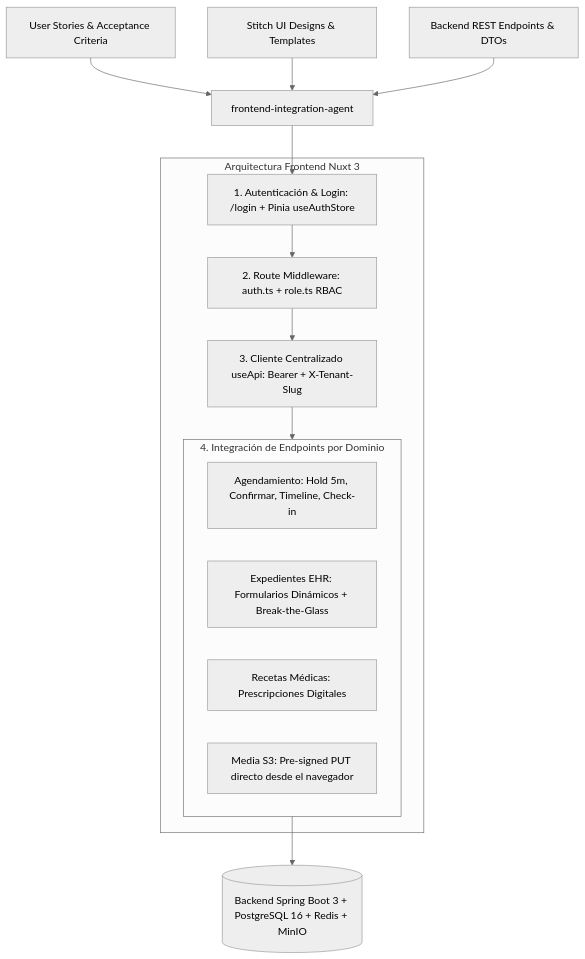
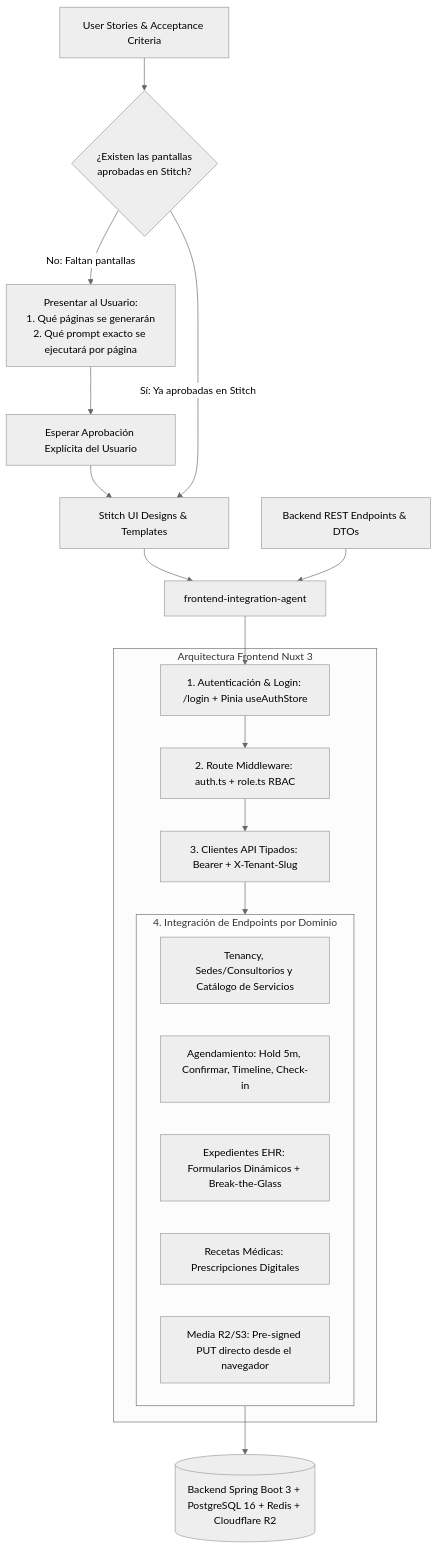
Before and after one commit to JulioAdrianFerreyraDev/medcare: the diagram in agents/frontend-integration-agent.md, drawn with Mermaid (neutral theme). The commit also changed other lines of this file and 40 other files, not shown here.

````diff
--- a/agents/frontend-integration-agent.md
+++ b/agents/frontend-integration-agent.md
@@ -19,26 +26,32 @@
 ```mermaid
 flowchart TD
-    Stories[User Stories & Acceptance Criteria] --> Integrator[frontend-integration-agent]
-    StitchUI[Stitch UI Designs & Templates] --> Integrator
+    Stories[User Stories & Acceptance Criteria] --> CheckUI{¿Existen las pantallas<br/>aprobadas en Stitch?}
+    CheckUI -- "No: Faltan pantallas" --> ProposePrompts[Presentar al Usuario:<br/>1. Qué páginas se generarán<br/>2. Qué prompt exacto se ejecutará por página]
+    ProposePrompts --> WaitApproval[Esperar Aprobación Explícita del Usuario]
+    WaitApproval --> StitchUI[Stitch UI Designs & Templates]
+    CheckUI -- "Sí: Ya aprobadas en Stitch" --> StitchUI
+
+    StitchUI --> Integrator[frontend-integration-agent]
     BackendContracts[Backend REST Endpoints & DTOs] --> Integrator
-    
+
     subgraph FrontendArchitecture [Arquitectura Frontend Nuxt 3]
         Auth[1. Autenticación & Login: /login + Pinia useAuthStore]
         Guards[2. Route Middleware: auth.ts + role.ts RBAC]
-        Client[3. Cliente Centralizado useApi: Bearer + X-Tenant-Slug]
-        
+        Client[3. Clientes API Tipados: Bearer + X-Tenant-Slug]
+
         subgraph FeatureModules [4. Integración de Endpoints por Dominio]
+            Tenancy[Tenancy, Sedes/Consultorios y Catálogo de Servicios]
             Schedule[Agendamiento: Hold 5m, Confirmar, Timeline, Check-in]
             Clinical[Expedientes EHR: Formularios Dinámicos + Break-the-Glass]
             Rx[Recetas Médicas: Prescripciones Digitales]
-            Media[Media S3: Pre-signed PUT directo desde el navegador]
+            Media[Media R2/S3: Pre-signed PUT directo desde el navegador]
         end
     end
-    
+
     Integrator --> Auth
     Auth --> Guards
     Guards --> Client
     Client --> FeatureModules
-    
-    FeatureModules --> SpringBoot[(Backend Spring Boot 3 + PostgreSQL 16 + Redis + MinIO)]
+
+    FeatureModules --> SpringBoot[(Backend Spring Boot 3 + PostgreSQL 16 + Redis + Cloudflare R2)]
 ```
````
